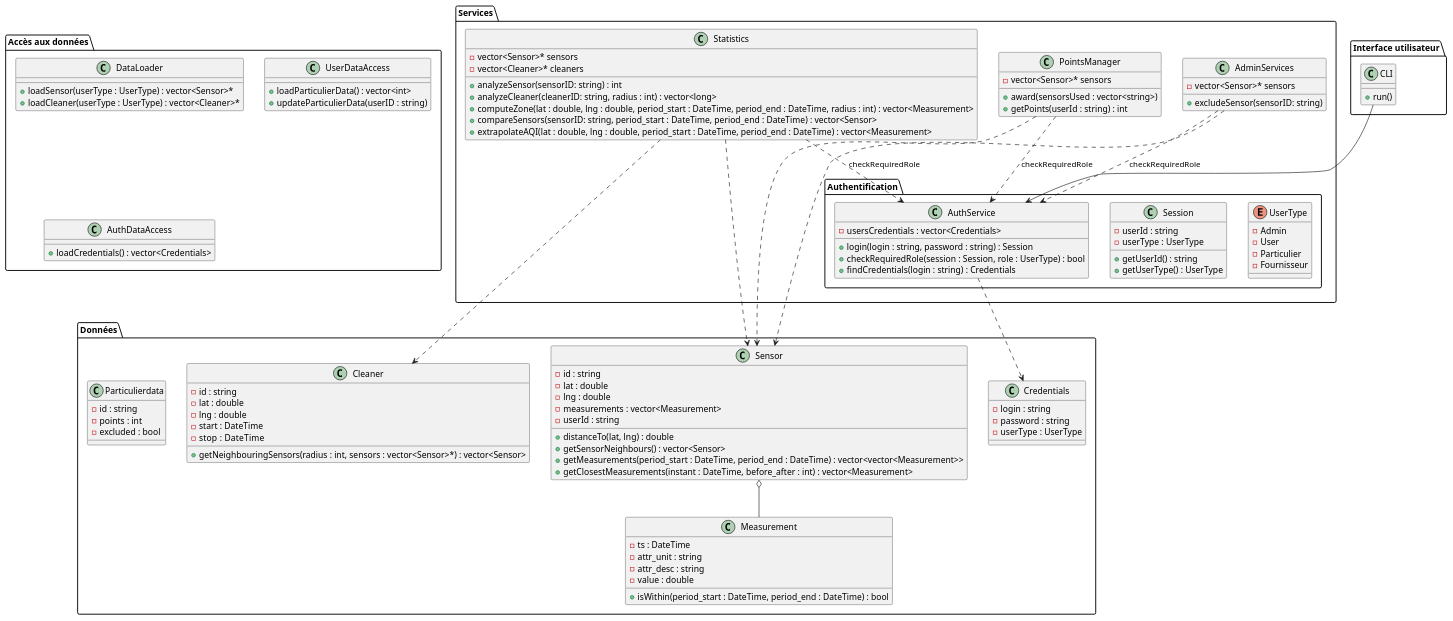
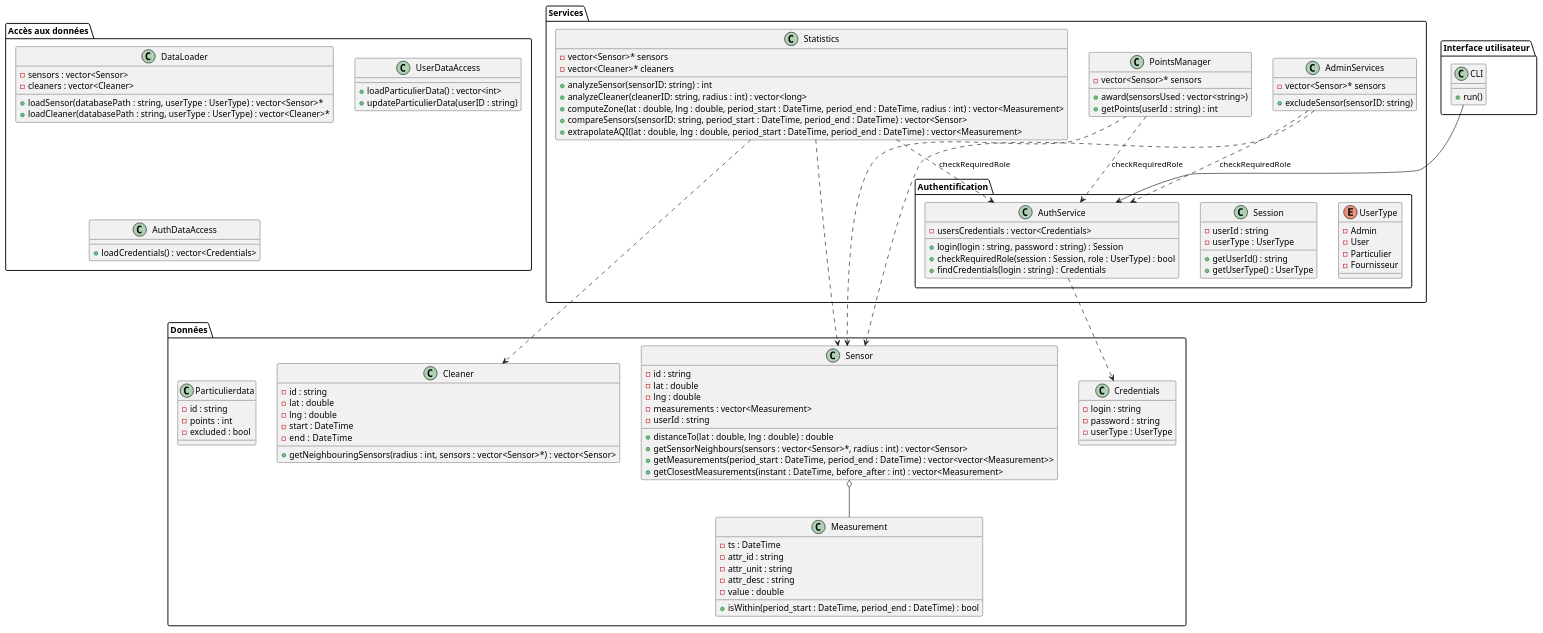
Before and after one commit to ldureuil/3IF_AirWatcher: the diagram in MCD.puml, drawn with PlantUML. The commit also changed 10 other files, not shown here.

```diff
--- a/MCD.puml
+++ b/MCD.puml
@@ -1,133 +1,136 @@
 @startuml MCD
 
 package "Données" {
   class Sensor {
     - id : string
     - lat : double
     - lng : double
     - measurements : vector<Measurement>
     - userId : string
-    + distanceTo(lat, lng) : double
-    + getSensorNeighbours() : vector<Sensor>
+    + distanceTo(lat : double, lng : double) : double
+    + getSensorNeighbours(sensors : vector<Sensor>*, radius : int) : vector<Sensor>
     + getMeasurements(period_start : DateTime, period_end : DateTime) : vector<vector<Measurement>>
     + getClosestMeasurements(instant : DateTime, before_after : int) : vector<Measurement>
   }
 
   class Measurement {
     - ts : DateTime
+    - attr_id : string
     - attr_unit : string
     - attr_desc : string
     - value : double
     + isWithin(period_start : DateTime, period_end : DateTime) : bool
   }
 
   class Cleaner {
     - id : string
     - lat : double
     - lng : double
     - start : DateTime
-    - stop  : DateTime
+    - end  : DateTime
     + getNeighbouringSensors(radius : int, sensors : vector<Sensor>*) : vector<Sensor>
   }
 
     class Credentials {
     - login : string
     - password : string
     - userType : UserType
   }
 
   class Particulierdata {
     - id : string
     - points : int
     - excluded : bool
   }
 }
 
 
 package "Services" {
   class Statistics {
     - vector<Sensor>* sensors
     - vector<Cleaner>* cleaners
     + analyzeSensor(sensorID: string) : int
     + analyzeCleaner(cleanerID: string, radius : int) : vector<long>
     + computeZone(lat : double, lng : double, period_start : DateTime, period_end : DateTime, radius : int) : vector<Measurement>
     + compareSensors(sensorID: string, period_start : DateTime, period_end : DateTime) : vector<Sensor>
     + extrapolateAQI(lat : double, lng : double, period_start : DateTime, period_end : DateTime) : vector<Measurement>
   }
 
   class PointsManager {
     - vector<Sensor>* sensors
     + award(sensorsUsed : vector<string>)
     + getPoints(userId : string) : int
   }
 
   class AdminServices {
     - vector<Sensor>* sensors
     + excludeSensor(sensorID: string)
   }
 
   package "Authentification" {
     enum UserType {
     - Admin
     - User
     - Particulier
     - Fournisseur
   }
 
   class Session {
     - userId : string
     - userType : UserType
     + getUserId() : string
     + getUserType() : UserType
   }
 
   class AuthService {
     - usersCredentials : vector<Credentials>
     + login(login : string, password : string) : Session
     + checkRequiredRole(session : Session, role : UserType) : bool
     + findCredentials(login : string) : Credentials
   }
   }
 }
 
 
 package "Accès aux données" {
   class DataLoader {
-    + loadSensor(userType : UserType) : vector<Sensor>*
-    + loadCleaner(userType : UserType) : vector<Cleaner>*
+    - sensors : vector<Sensor>
+    - cleaners : vector<Cleaner>
+    + loadSensor(databasePath : string, userType : UserType) : vector<Sensor>*
+    + loadCleaner(databasePath : string, userType : UserType) : vector<Cleaner>*
   }
 
   class UserDataAccess {
     + loadParticulierData() : vector<int>
     + updateParticulierData(userID : string)
   }
 
   class AuthDataAccess {
     + loadCredentials() : vector<Credentials>
   }
 }
 
 
 package "Interface utilisateur" {
   class CLI {
     + run()
   }
 }
 
 
 
 Sensor  o-- Measurement
 
 CLI --> AuthService
 
 Statistics     ..> AuthService : checkRequiredRole
 PointsManager  ..> AuthService : checkRequiredRole
 AdminServices  ..> AuthService : checkRequiredRole
 
 Statistics     ..> Cleaner
 Statistics     ..> Sensor
 PointsManager  ..> Sensor
 AdminServices  ..> Sensor
 
 AuthService ..> Credentials
 @enduml
```
